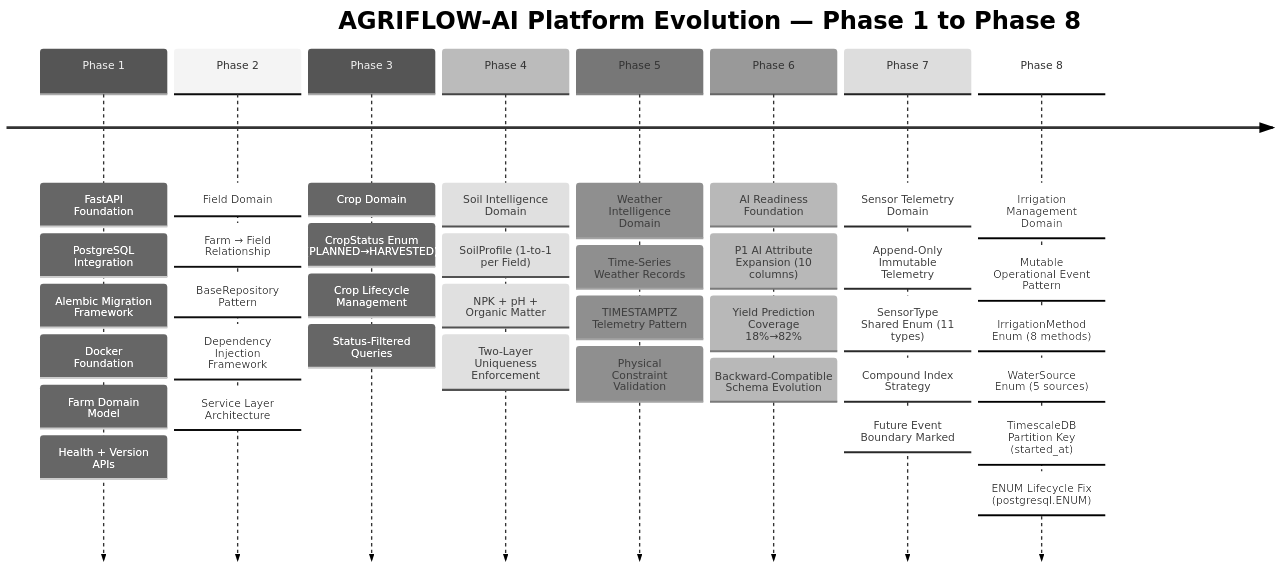
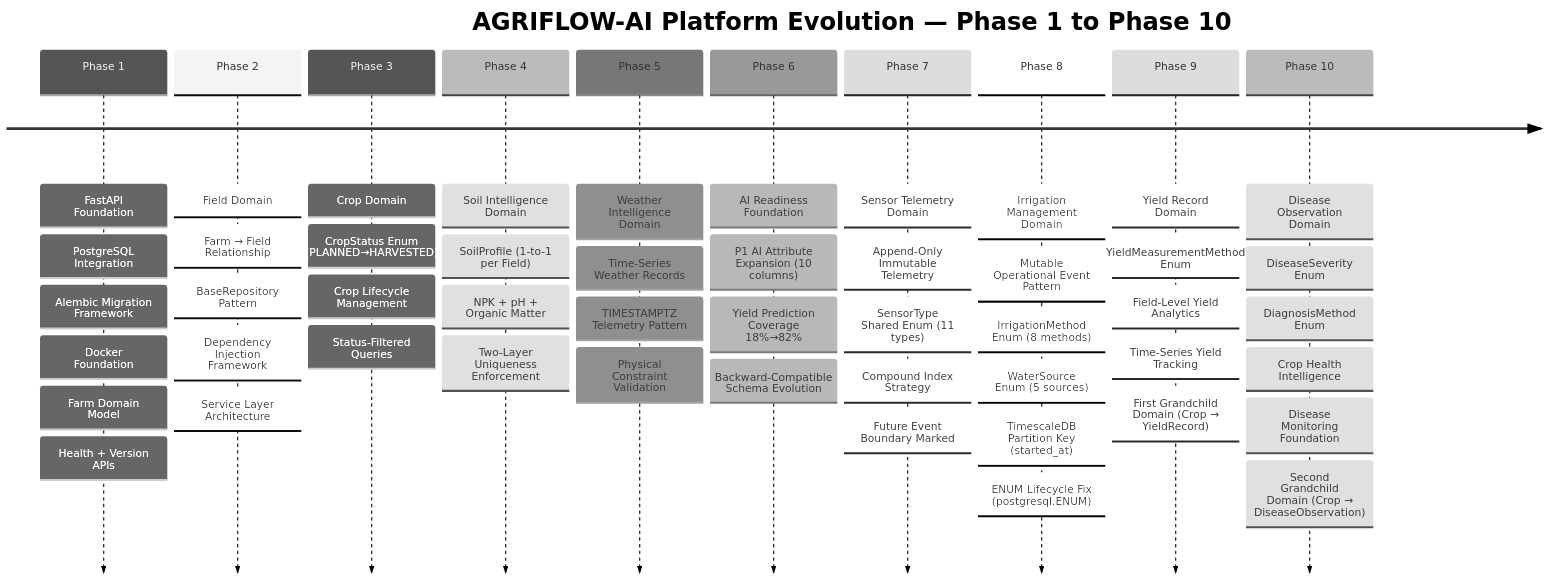
One commit to santoshnarayanan/AGRIFLOW-AI changed the first of 18 diagrams in docs/09-architecture-diagrams.md. Above: the diagram before and after it, drawn with Mermaid (neutral theme). The commit also changed other lines of this file and 1 other file, not shown here.

Commit message:
Phase 10 - docs: documents updated

````diff
--- a/docs/09-architecture-diagrams.md
+++ b/docs/09-architecture-diagrams.md
@@ -44,42 +44,53 @@
 ```mermaid
 timeline
-    title AGRIFLOW-AI Platform Evolution — Phase 1 to Phase 8
+    title AGRIFLOW-AI Platform Evolution — Phase 1 to Phase 10
     Phase 1 : FastAPI Foundation
             : PostgreSQL Integration
             : Alembic Migration Framework
             : Docker Foundation
             : Farm Domain Model
             : Health + Version APIs
     Phase 2 : Field Domain
             : Farm → Field Relationship
             : BaseRepository Pattern
             : Dependency Injection Framework
             : Service Layer Architecture
     Phase 3 : Crop Domain
             : CropStatus Enum (PLANNED→HARVESTED)
             : Crop Lifecycle Management
             : Status-Filtered Queries
     Phase 4 : Soil Intelligence Domain
             : SoilProfile (1-to-1 per Field)
             : NPK + pH + Organic Matter
             : Two-Layer Uniqueness Enforcement
     Phase 5 : Weather Intelligence Domain
             : Time-Series Weather Records
             : TIMESTAMPTZ Telemetry Pattern
             : Physical Constraint Validation
     Phase 6 : AI Readiness Foundation
             : P1 AI Attribute Expansion (10 columns)
             : Yield Prediction Coverage 18%→82%
             : Backward-Compatible Schema Evolution
     Phase 7 : Sensor Telemetry Domain
             : Append-Only Immutable Telemetry
             : SensorType Shared Enum (11 types)
             : Compound Index Strategy
             : Future Event Boundary Marked
     Phase 8 : Irrigation Management Domain
             : Mutable Operational Event Pattern
             : IrrigationMethod Enum (8 methods)
             : WaterSource Enum (5 sources)
             : TimescaleDB Partition Key (started_at)
             : ENUM Lifecycle Fix (postgresql.ENUM)
+    Phase 9 : Yield Record Domain
+            : YieldMeasurementMethod Enum
+            : Field-Level Yield Analytics
+            : Time-Series Yield Tracking
+            : First Grandchild Domain (Crop → YieldRecord)
+    Phase 10 : Disease Observation Domain
+            : DiseaseSeverity Enum
+            : DiagnosisMethod Enum
+            : Crop Health Intelligence
+            : Disease Monitoring Foundation
+            : Second Grandchild Domain (Crop → DiseaseObservation)
 ```
````
